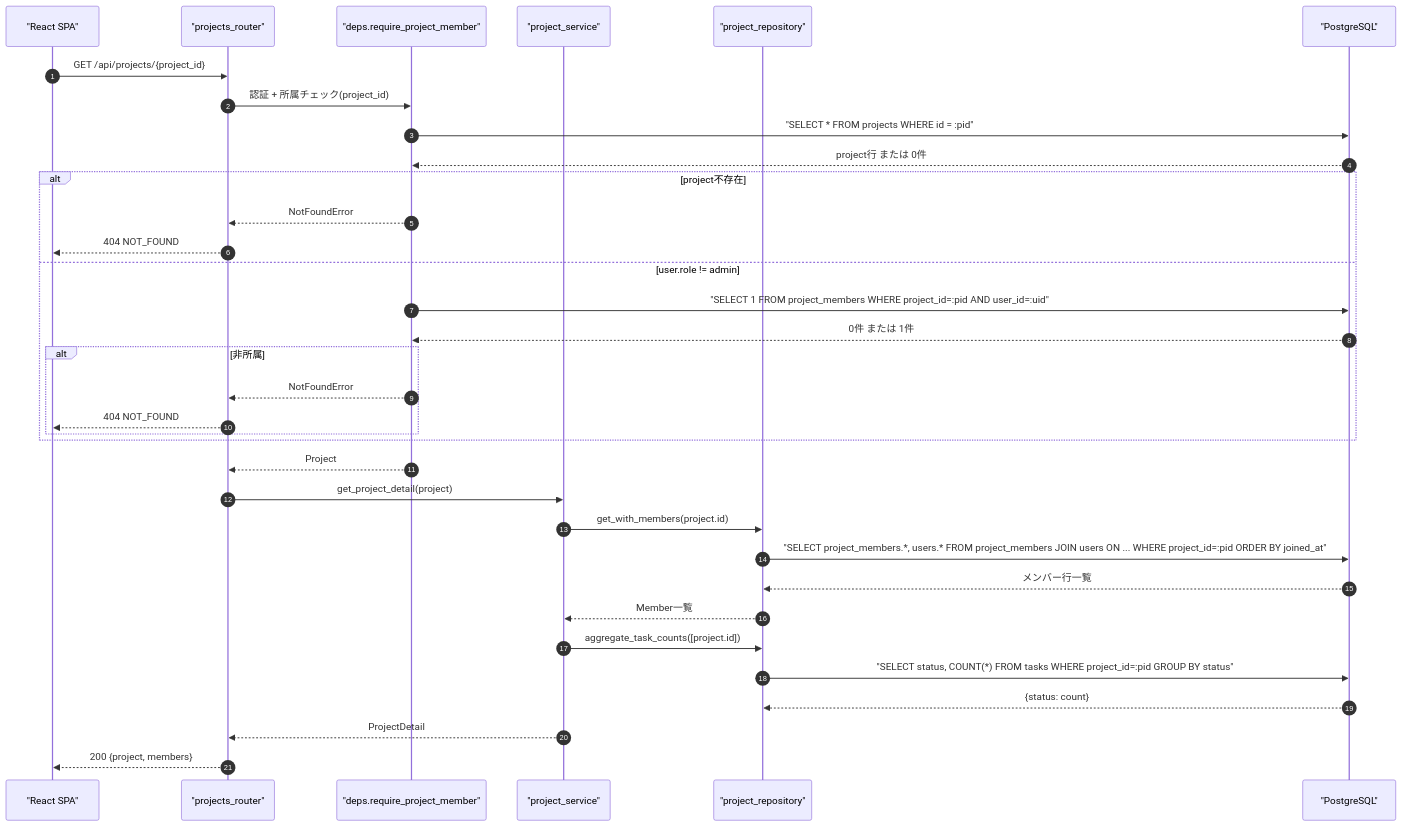
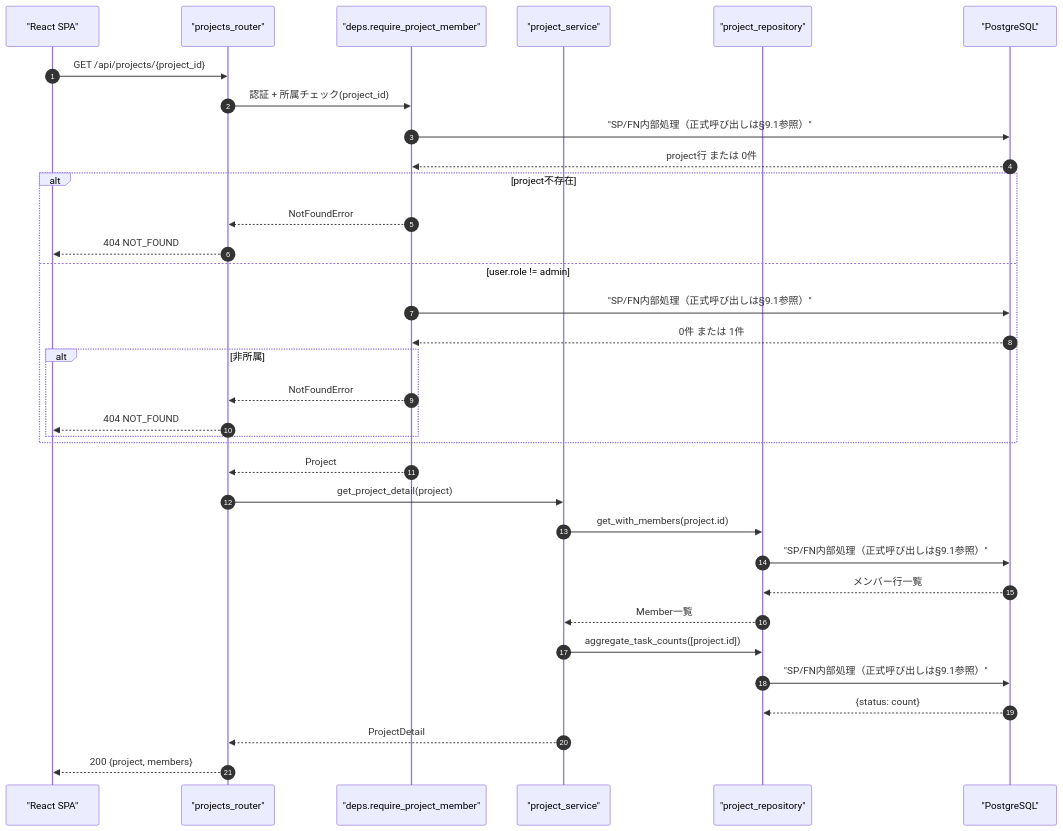
One commit to oikawa-d/task_management changed the first of 4 diagrams in detailed_design/api/projects/03_get_project.md. Above: the diagram before and after it, drawn with Mermaid. The commit also changed other lines of this file and 58 other files, not shown here.

````diff
--- a/detailed_design/api/projects/03_get_project.md
+++ b/detailed_design/api/projects/03_get_project.md
@@ -110,37 +110,37 @@
 ```mermaid
 sequenceDiagram
     autonumber
     participant FE as "React SPA"
     participant R as "projects_router"
     participant D as "deps.require_project_member"
     participant S as "project_service"
     participant RP as "project_repository"
     participant PG as "PostgreSQL"
 
     FE->>R: GET /api/projects/{project_id}
     R->>D: 認証 + 所属チェック(project_id)
-    D->>PG: "SELECT * FROM projects WHERE id = :pid"
+    D->>PG: "SP/FN内部処理（正式呼び出しは§9.1参照）"
     PG-->>D: project行 または 0件
     alt project不存在
         D-->>R: NotFoundError
         R-->>FE: 404 NOT_FOUND
     else user.role != admin
-        D->>PG: "SELECT 1 FROM project_members WHERE project_id=:pid AND user_id=:uid"
+        D->>PG: "SP/FN内部処理（正式呼び出しは§9.1参照）"
         PG-->>D: 0件 または 1件
         alt 非所属
             D-->>R: NotFoundError
             R-->>FE: 404 NOT_FOUND
         end
     end
     D-->>R: Project
     R->>S: get_project_detail(project)
     S->>RP: get_with_members(project.id)
-    RP->>PG: "SELECT project_members.*, users.* FROM project_members JOIN users ON ... WHERE project_id=:pid ORDER BY joined_at"
+    RP->>PG: "SP/FN内部処理（正式呼び出しは§9.1参照）"
     PG-->>RP: メンバー行一覧
     RP-->>S: Member一覧
     S->>RP: aggregate_task_counts([project.id])
-    RP->>PG: "SELECT status, COUNT(*) FROM tasks WHERE project_id=:pid GROUP BY status"
+    RP->>PG: "SP/FN内部処理（正式呼び出しは§9.1参照）"
     PG-->>RP: {status: count}
     S-->>R: ProjectDetail
     R-->>FE: 200 {project, members}
 ```
````
